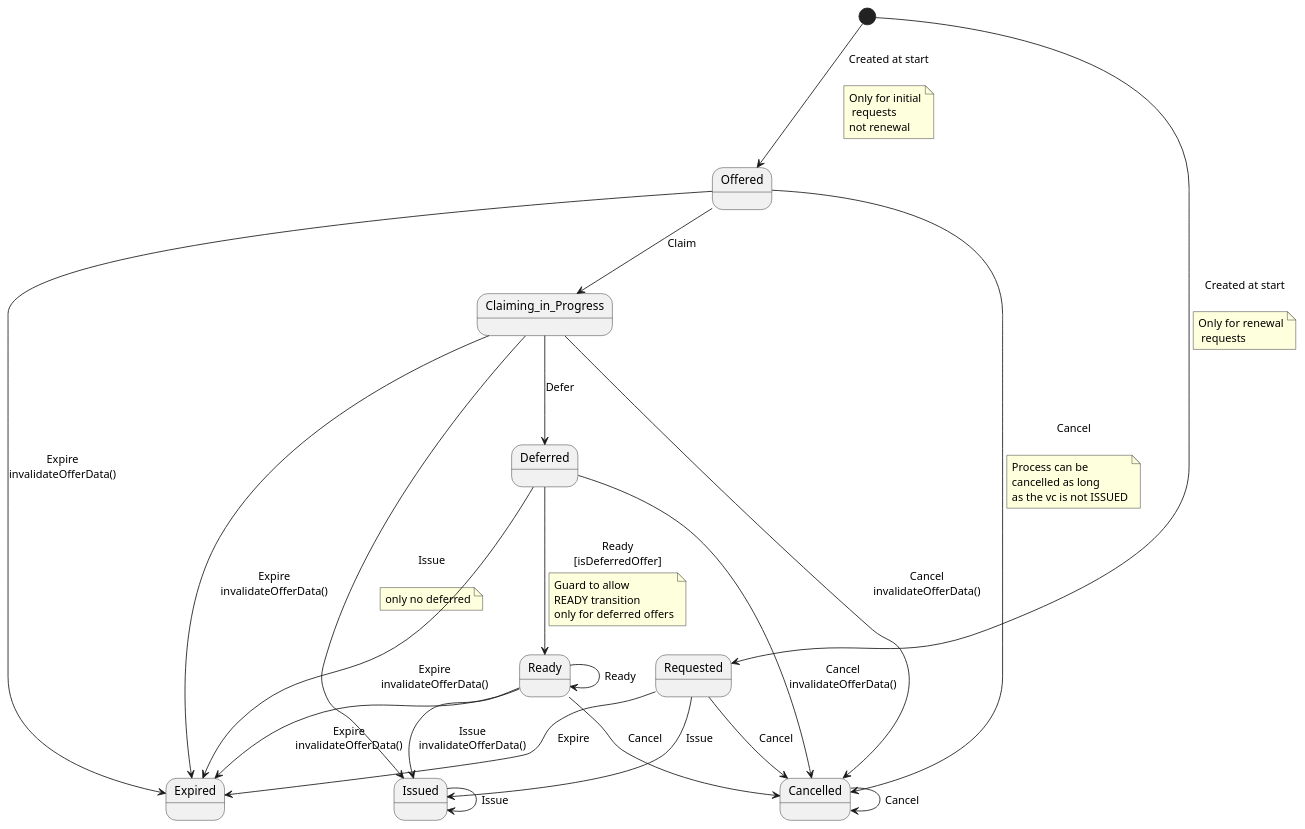
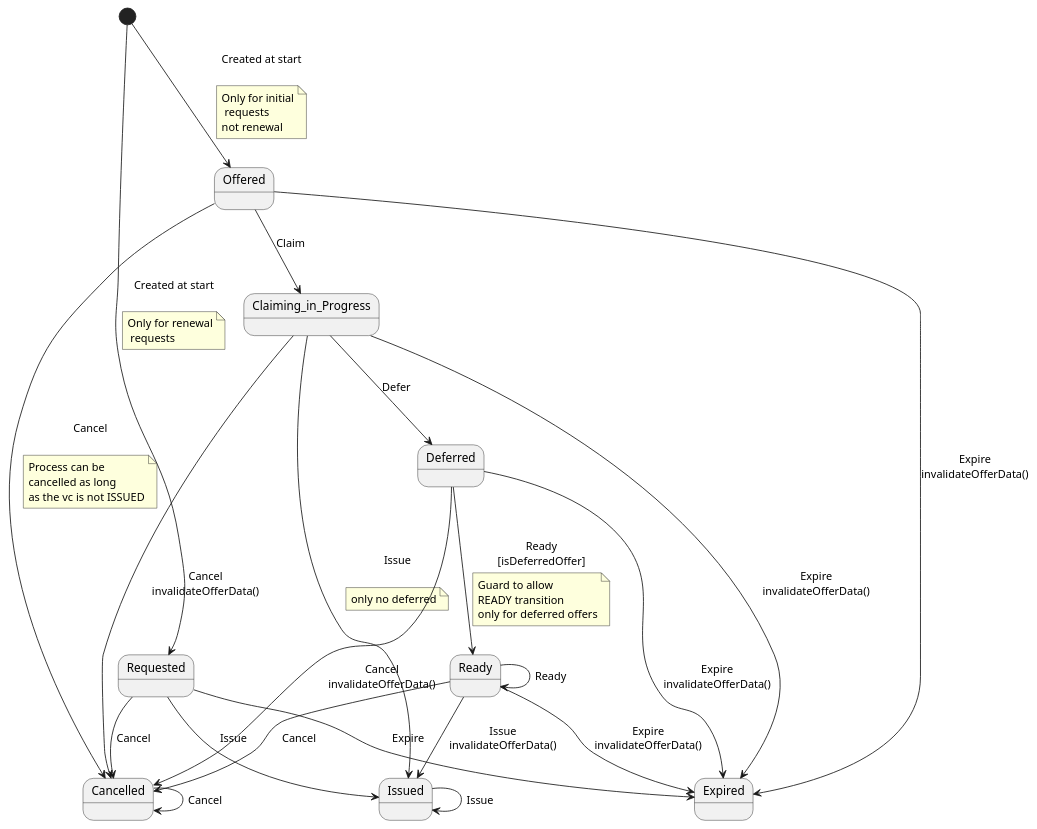
Before and after one commit to swiyu-admin-ch/swiyu-issuer: the diagram in issuer-service/src/main/resources/plantuml/credentialOfferStateMachine.puml, drawn with PlantUML. The commit also changed other lines of this file and 9 other files, not shown here.

```diff
--- a/issuer-service/src/main/resources/plantuml/credentialOfferStateMachine.puml
+++ b/issuer-service/src/main/resources/plantuml/credentialOfferStateMachine.puml
@@ -1,58 +1,58 @@
 @startuml
+state Deferred
+state Issued
+state Requested
 state Cancelled
-state Deferred
 state Ready
 state Claiming_in_Progress
-state Issued
-state Requested
+state Offered
 state Expired
-state Offered
 [*] --> Offered : Created at start\n
 note on link
 Only for initial
  requests
 not renewal
 end note
 
 [*] --> Requested : Created at start\n
 note on link
 Only for renewal
  requests
 end note
 
 Requested --> Issued : Issue
 Requested --> Cancelled : Cancel
 Requested --> Expired : Expire
 Offered --> Cancelled : Cancel\n
 note on link
 Process can be
 cancelled as long
 as the vc is not ISSUED
 end note
 
 Offered --> Expired : Expire\ninvalidateOfferData()
 Offered --> Claiming_in_Progress : Claim
 Claiming_in_Progress --> Expired : Expire\ninvalidateOfferData()
 Claiming_in_Progress --> Deferred : Defer
 Claiming_in_Progress --> Issued : Issue\n
 note on link
 only no deferred
 end note
 
 Claiming_in_Progress --> Cancelled : Cancel\ninvalidateOfferData()
 Deferred --> Ready : Ready\n[isDeferredOffer]
 note on link
 Guard to allow
 READY transition
 only for deferred offers
 end note
 
 Deferred --> Expired : Expire\ninvalidateOfferData()
 Deferred --> Cancelled : Cancel\ninvalidateOfferData()
 Ready --> Issued : Issue\ninvalidateOfferData()
 Ready --> Expired : Expire\ninvalidateOfferData()
 Ready --> Cancelled : Cancel
 Ready --> Ready : Ready
 Issued --> Issued : Issue
 Cancelled --> Cancelled : Cancel
 @enduml
```
